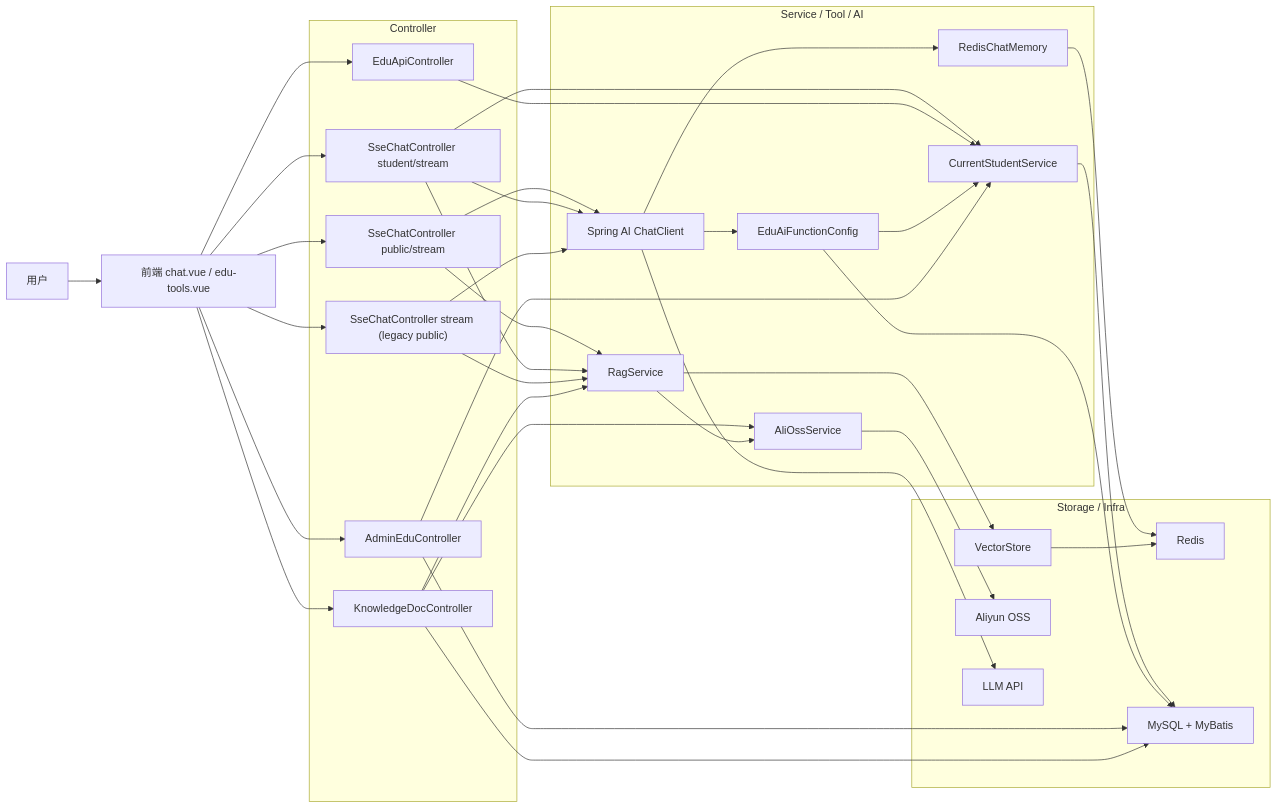
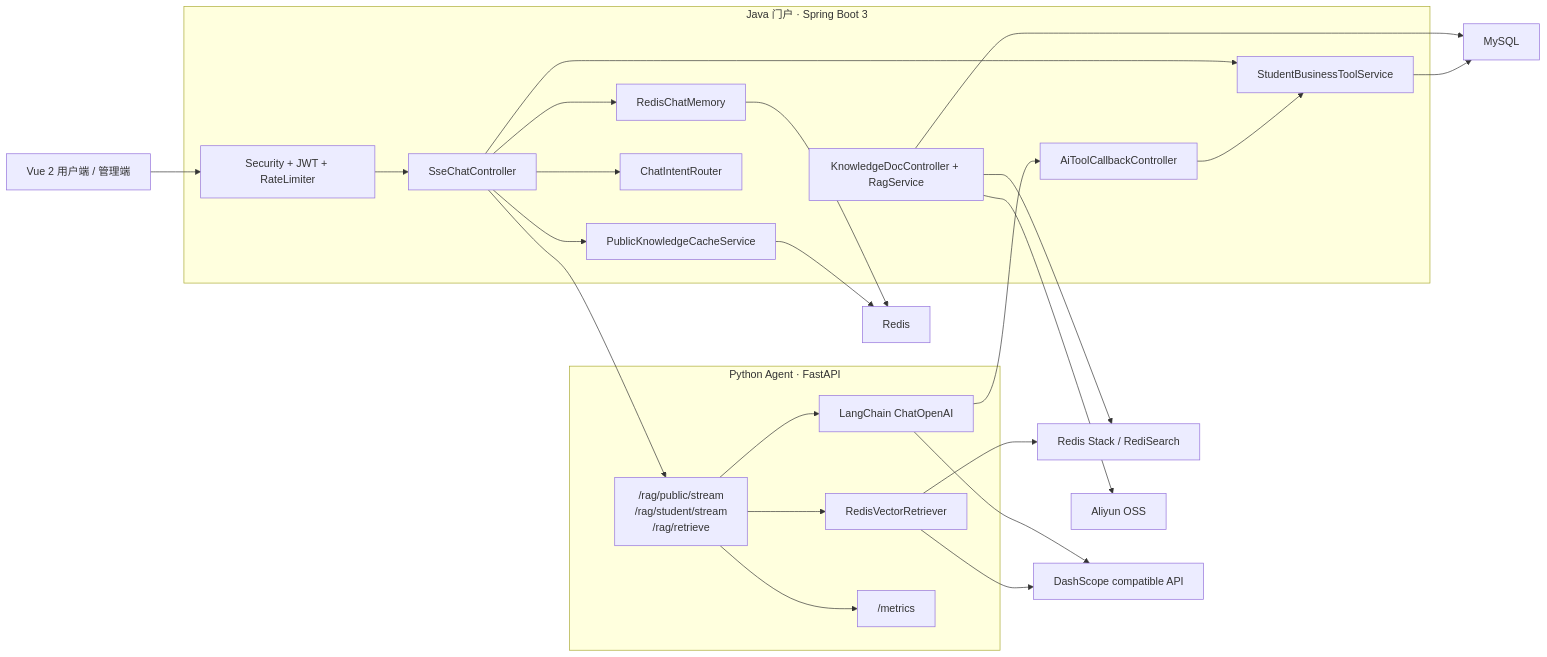
Before and after one commit to citen-xx/springAI-campus-brillant-helper: the first of 4 diagrams in docs/architecture.md, drawn with Mermaid. The commit also changed other lines of this file and 1 other file, not shown here.

````diff
--- a/docs/architecture.md
+++ b/docs/architecture.md
@@ -5,67 +5,43 @@
 ```mermaid
 flowchart LR
-    U["用户"]
-    FE["前端 chat.vue / edu-tools.vue"]
+    USER["Vue 2 用户端 / 管理端"]
 
-    subgraph CTRL["Controller"]
-        PUB["SseChatController public/stream"]
-        STU["SseChatController student/stream"]
-        LEGACY["SseChatController stream (legacy public)"]
-        EDU["EduApiController"]
-        ADMIN["AdminEduController"]
-        DOC["KnowledgeDocController"]
+    subgraph JAVA["Java 门户 · Spring Boot 3"]
+        SECURITY["Security + JWT + RateLimiter"]
+        CHAT["SseChatController"]
+        CACHE["PublicKnowledgeCacheService"]
+        MEMORY["RedisChatMemory"]
+        ROUTER["ChatIntentRouter"]
+        CALLBACK["AiToolCallbackController"]
+        TOOL["StudentBusinessToolService"]
+        DOC["KnowledgeDocController + RagService"]
     end
 
-    subgraph APP["Service / Tool / AI"]
-        CURRENT["CurrentStudentService"]
-        RAG["RagService"]
-        CHAT["Spring AI ChatClient"]
-        MEMORY["RedisChatMemory"]
-        TOOL["EduAiFunctionConfig"]
-        OSSSVC["AliOssService"]
+    subgraph PYTHON["Python Agent · FastAPI"]
+        API["/rag/public/stream\n/rag/student/stream\n/rag/retrieve"]
+        RETRIEVER["RedisVectorRetriever"]
+        MODEL["LangChain ChatOpenAI"]
+        METRICS["/metrics"]
     end
 
-    subgraph DATA["Storage / Infra"]
-        REDIS["Redis"]
-        VECTOR["VectorStore"]
-        DB["MySQL + MyBatis"]
-        OSS["Aliyun OSS"]
-        LLM["LLM API"]
-    end
+    MYSQL["MySQL"]
+    REDIS["Redis"]
+    VECTOR["Redis Stack / RediSearch"]
+    OSS["Aliyun OSS"]
+    DASHSCOPE["DashScope compatible API"]
 
-    U --> FE
-    FE --> PUB
-    FE --> STU
-    FE --> LEGACY
-    FE --> EDU
-    FE --> ADMIN
-    FE --> DOC
-
-    STU --> CURRENT
-    EDU --> CURRENT
-    CURRENT --> DB
-
-    PUB --> RAG
-    STU --> RAG
-    LEGACY --> RAG
-    DOC --> OSSSVC
-    DOC --> RAG
-
-    PUB --> CHAT
-    STU --> CHAT
-    LEGACY --> CHAT
-    CHAT --> MEMORY
-    MEMORY --> REDIS
+    USER --> SECURITY --> CHAT
+    CHAT --> ROUTER
+    CHAT --> CACHE --> REDIS
+    CHAT --> MEMORY --> REDIS
+    CHAT --> API
+    API --> RETRIEVER --> VECTOR
+    RETRIEVER --> DASHSCOPE
+    API --> MODEL --> DASHSCOPE
+    MODEL --> CALLBACK --> TOOL --> MYSQL
     CHAT --> TOOL
-    TOOL --> CURRENT
-    TOOL --> DB
-    CHAT --> LLM
-
-    ADMIN --> DB
-    ADMIN --> CURRENT
-    RAG --> VECTOR
-    VECTOR --> REDIS
-    RAG --> OSSSVC
-    OSSSVC --> OSS
-    DOC --> DB
+    DOC --> OSS
+    DOC --> MYSQL
+    DOC --> VECTOR
+    API --> METRICS
 ```
````
